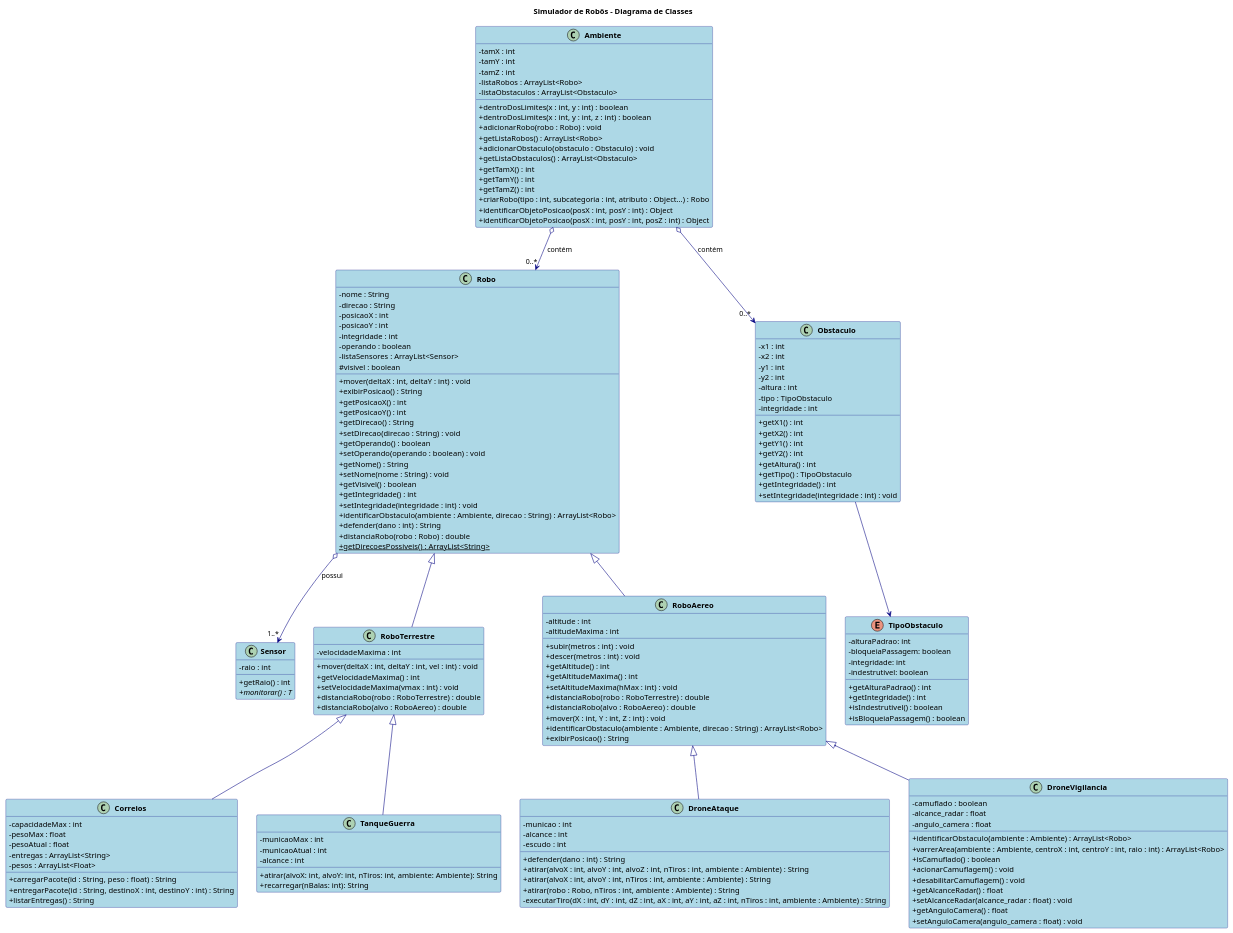
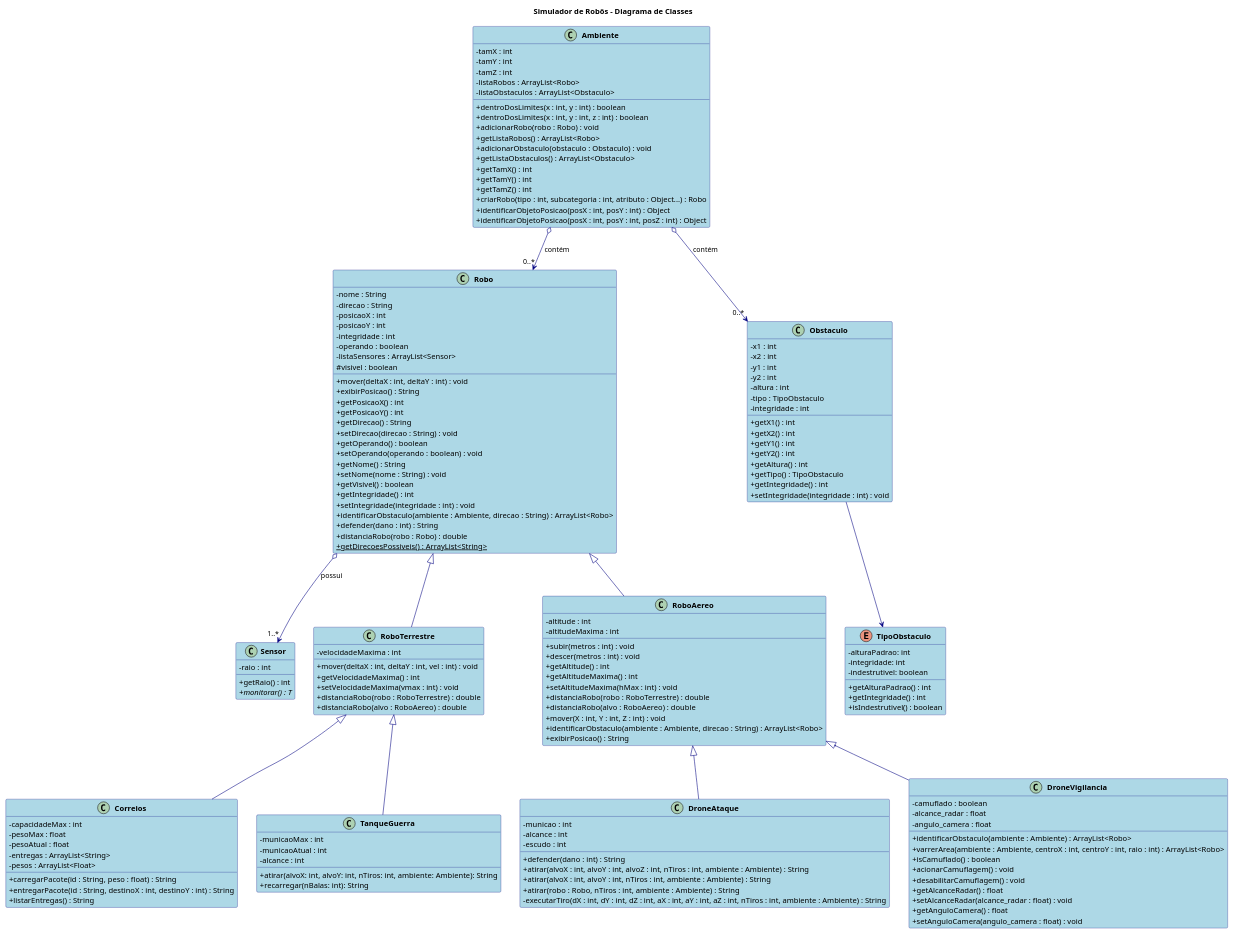
The diagram in Lab03/UML/Simulador.puml (GiizAzul/Allan_Giovana_MC322), drawn with PlantUML before and after one commit. The commit also changed 9 other files, not shown here.

```diff
--- a/Lab03/UML/Simulador.puml
+++ b/Lab03/UML/Simulador.puml
@@ -1,190 +1,188 @@
 @startuml Simulador de Robôs
 
 ' Definição do título do diagrama
 title Simulador de Robôs - Diagrama de Classes
 
 ' Configurações de estilo para melhorar a visualização
 skinparam classAttributeIconSize 0
 skinparam classFontStyle bold
 skinparam classBackgroundColor LightBlue
 skinparam classArrowColor Navy
 skinparam classBorderColor Navy
 
 ' Enumeração TipoObstaculo (implícita no seu código)
 enum TipoObstaculo {
   - alturaPadrao: int
-  - bloqueiaPassagem: boolean
   - integridade: int
   - indestrutivel: boolean
   + getAlturaPadrao() : int
   + getIntegridade() : int
   + isIndestrutivel() : boolean
-  + isBloqueiaPassagem() : boolean
 }
 
 ' Classe Sensor (implícita no seu código)
 class Sensor {
   - raio : int
   + getRaio() : int
   + {abstract} monitorar() : T
 }
 
 ' Classe principal Robo
 class Robo {
   - nome : String
   - direcao : String
   - posicaoX : int
   - posicaoY : int
   - integridade : int
   - operando : boolean
   - listaSensores : ArrayList<Sensor>
   # visivel : boolean
   + mover(deltaX : int, deltaY : int) : void
   + exibirPosicao() : String
   + getPosicaoX() : int
   + getPosicaoY() : int
   + getDirecao() : String
   + setDirecao(direcao : String) : void
   + getOperando() : boolean
   + setOperando(operando : boolean) : void
   + getNome() : String
   + setNome(nome : String) : void
   + getVisivel() : boolean
   + getIntegridade() : int
   + setIntegridade(integridade : int) : void
   + identificarObstaculo(ambiente : Ambiente, direcao : String) : ArrayList<Robo>
   + defender(dano : int) : String
   + distanciaRobo(robo : Robo) : double
   + {static} getDirecoesPossiveis() : ArrayList<String>
 }
 
 ' Classe RoboTerrestre
 class RoboTerrestre {
   - velocidadeMaxima : int
   + mover(deltaX : int, deltaY : int, vel : int) : void
   + getVelocidadeMaxima() : int
   + setVelocidadeMaxima(vmax : int) : void
   + distanciaRobo(robo : RoboTerrestre) : double
   + distanciaRobo(alvo : RoboAereo) : double
 }
 
 ' Classe RoboAereo
 class RoboAereo {
   - altitude : int
   - altitudeMaxima : int
   + subir(metros : int) : void
   + descer(metros : int) : void
   + getAltitude() : int
   + getAltitudeMaxima() : int
   + setAltitudeMaxima(hMax : int) : void
   + distanciaRobo(robo : RoboTerrestre) : double
   + distanciaRobo(alvo : RoboAereo) : double
   + mover(X : int, Y : int, Z : int) : void
   + identificarObstaculo(ambiente : Ambiente, direcao : String) : ArrayList<Robo>
   + exibirPosicao() : String
 }
 
 ' Classe Correios
 class Correios {
   - capacidadeMax : int
   - pesoMax : float
   - pesoAtual : float
   - entregas : ArrayList<String>
   - pesos : ArrayList<Float>
   + carregarPacote(id : String, peso : float) : String
   + entregarPacote(id : String, destinoX : int, destinoY : int) : String
   + listarEntregas() : String
 }
 
 ' Classe TanqueGuerra (implícita no seu código)
 class TanqueGuerra {
   - municaoMax : int
   - municaoAtual : int
   - alcance : int
   + atirar(alvoX: int, alvoY: int, nTiros: int, ambiente: Ambiente): String
   + recarregar(nBalas: int): String
 }
 
 ' Classe DroneAtaque
 class DroneAtaque {
   - municao : int
   - alcance : int
   - escudo : int
   + defender(dano : int) : String
   + atirar(alvoX : int, alvoY : int, alvoZ : int, nTiros : int, ambiente : Ambiente) : String
   + atirar(alvoX : int, alvoY : int, nTiros : int, ambiente : Ambiente) : String
   + atirar(robo : Robo, nTiros : int, ambiente : Ambiente) : String
   - executarTiro(dX : int, dY : int, dZ : int, aX : int, aY : int, aZ : int, nTiros : int, ambiente : Ambiente) : String
 }
 
 ' Classe DroneVigilancia
 class DroneVigilancia {
   - camuflado : boolean
   - alcance_radar : float
   - angulo_camera : float
   + identificarObstaculo(ambiente : Ambiente) : ArrayList<Robo>
   + varrerArea(ambiente : Ambiente, centroX : int, centroY : int, raio : int) : ArrayList<Robo>
   + isCamuflado() : boolean
   + acionarCamuflagem() : void
   + desabilitarCamuflagem() : void
   + getAlcanceRadar() : float
   + setAlcanceRadar(alcance_radar : float) : void
   + getAnguloCamera() : float
   + setAnguloCamera(angulo_camera : float) : void
 }
 
 ' Classe Obstaculo
 class Obstaculo {
   - x1 : int
   - x2 : int
   - y1 : int
   - y2 : int
   - altura : int
   - tipo : TipoObstaculo
   - integridade : int
   + getX1() : int
   + getX2() : int
   + getY1() : int
   + getY2() : int
   + getAltura() : int
   + getTipo() : TipoObstaculo
   + getIntegridade() : int
   + setIntegridade(integridade : int) : void
 }
 
 ' Classe Ambiente
 class Ambiente {
   - tamX : int
   - tamY : int
   - tamZ : int
   - listaRobos : ArrayList<Robo>
   - listaObstaculos : ArrayList<Obstaculo>
   + dentroDosLimites(x : int, y : int) : boolean
   + dentroDosLimites(x : int, y : int, z : int) : boolean
   + adicionarRobo(robo : Robo) : void
   + getListaRobos() : ArrayList<Robo>
   + adicionarObstaculo(obstaculo : Obstaculo) : void
   + getListaObstaculos() : ArrayList<Obstaculo>
   + getTamX() : int
   + getTamY() : int
   + getTamZ() : int
   + criarRobo(tipo : int, subcategoria : int, atributo : Object...) : Robo
   + identificarObjetoPosicao(posX : int, posY : int) : Object
   + identificarObjetoPosicao(posX : int, posY : int, posZ : int) : Object
 }
 
 ' Relações de herança
 Robo <|-- RoboTerrestre
 Robo <|-- RoboAereo
 RoboTerrestre <|-- Correios
 RoboTerrestre <|-- TanqueGuerra
 RoboAereo <|-- DroneAtaque
 RoboAereo <|-- DroneVigilancia
 
 ' Relações de associação
 Obstaculo --> TipoObstaculo
 Robo o--> "1..*" Sensor : possui
 Ambiente o--> "0..*" Robo : contém
 Ambiente o--> "0..*" Obstaculo : contém
 
 @enduml
```
